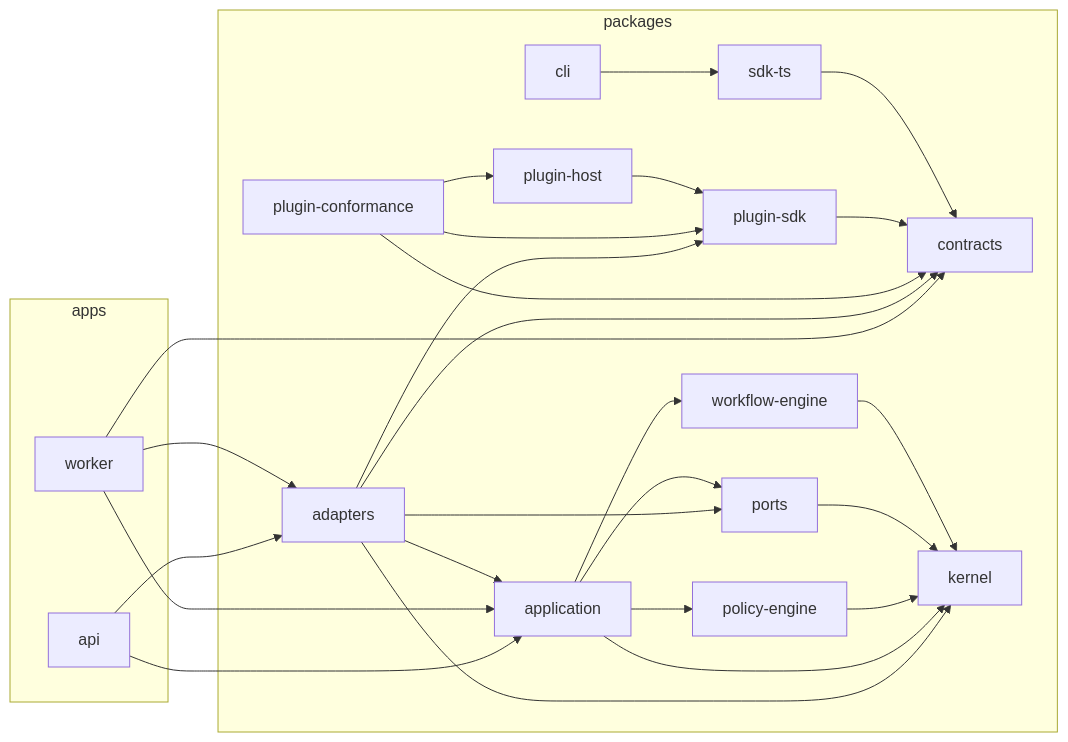
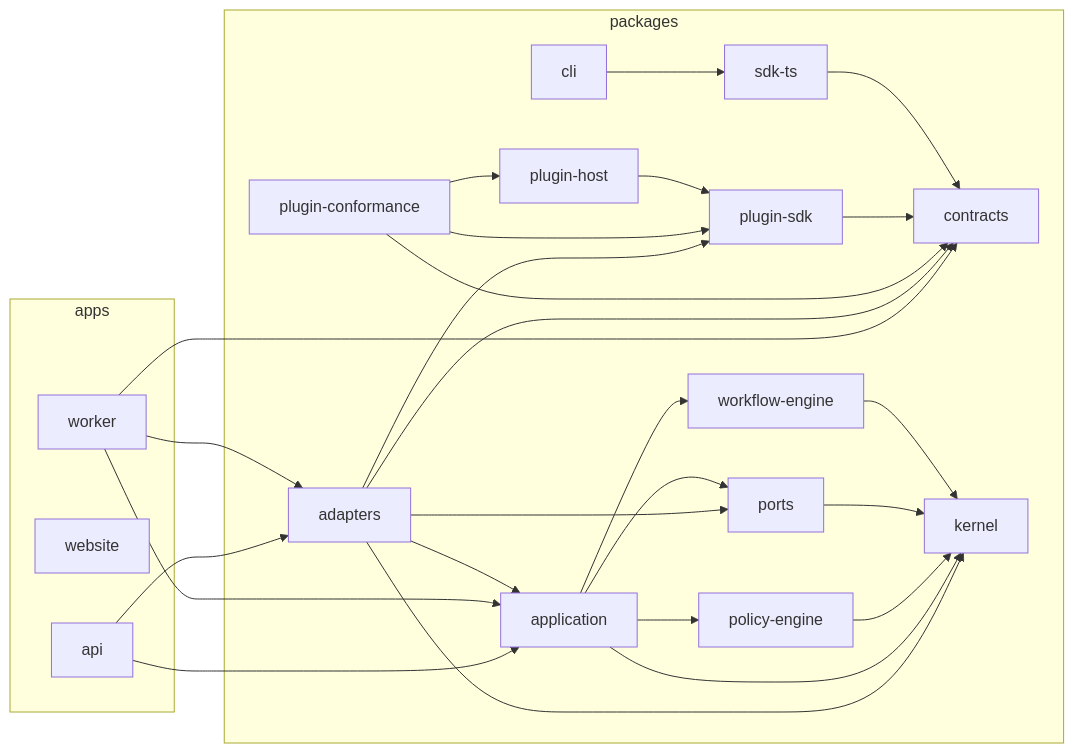
One commit to Dragon-kanji/Kurobara changed the diagram in docs/architecture/generated/module-dependencies.mmd. Above: the diagram before and after it, drawn with Mermaid. The commit also changed 26 other files, not shown here.

```diff
--- a/docs/architecture/generated/module-dependencies.mmd
+++ b/docs/architecture/generated/module-dependencies.mmd
@@ -1,44 +1,45 @@
 flowchart LR
 
 subgraph apps["apps"]
   apps_api["api"]
+  apps_website["website"]
   apps_worker["worker"]
 end
 subgraph packages["packages"]
   packages_adapters["adapters"]
   packages_application["application"]
   packages_cli["cli"]
   packages_contracts["contracts"]
   packages_kernel["kernel"]
   packages_plugin_conformance["plugin-conformance"]
   packages_plugin_host["plugin-host"]
   packages_plugin_sdk["plugin-sdk"]
   packages_policy_engine["policy-engine"]
   packages_ports["ports"]
   packages_sdk_ts["sdk-ts"]
   packages_workflow_engine["workflow-engine"]
 end
 apps_api-->packages_application
 apps_api-->packages_adapters
 apps_worker-->packages_contracts
 apps_worker-->packages_application
 apps_worker-->packages_adapters
 packages_adapters-->packages_kernel
 packages_adapters-->packages_ports
 packages_adapters-->packages_plugin_sdk
 packages_adapters-->packages_application
 packages_adapters-->packages_contracts
 packages_application-->packages_kernel
 packages_application-->packages_ports
 packages_application-->packages_policy_engine
 packages_application-->packages_workflow_engine
 packages_cli-->packages_sdk_ts
 packages_plugin_conformance-->packages_plugin_sdk
 packages_plugin_conformance-->packages_contracts
 packages_plugin_conformance-->packages_plugin_host
 packages_plugin_host-->packages_plugin_sdk
 packages_plugin_sdk-->packages_contracts
 packages_policy_engine-->packages_kernel
 packages_ports-->packages_kernel
 packages_sdk_ts-->packages_contracts
 packages_workflow_engine-->packages_kernel
```
